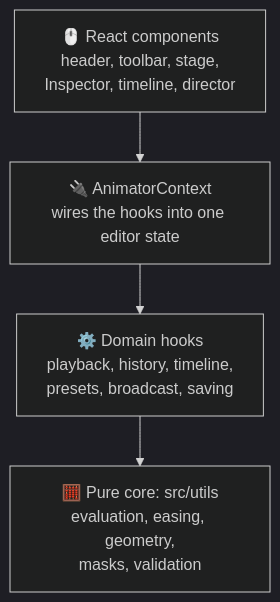
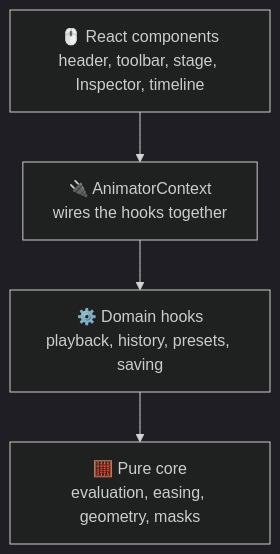
The second of 4 diagrams in README.md (ErtugrulAK/keyframe-character-studio), drawn with Mermaid (dark theme) before and after one commit.

Commit message:
docs(readme): the layer diagram in the form GitHub renders

````diff
--- a/README.md
+++ b/README.md
@@ -64,8 +64,6 @@
 ```mermaid
 flowchart TB
-    UI["🖱️ React components<br/>header, toolbar, stage,<br/>Inspector, timeline, director"]
-    CTX["🔌 AnimatorContext<br/>wires the hooks into one editor state"]
-    HOOKS["⚙️ Domain hooks<br/>playback, history, timeline,<br/>presets, broadcast, saving"]
-    CORE["🧮 Pure core: src/utils<br/>evaluation, easing, geometry,<br/>masks, validation"]
-    UI --> CTX --> HOOKS --> CORE
+    UI["🖱️ React components<br/>header, toolbar, stage, Inspector, timeline"] --> CTX["🔌 AnimatorContext<br/>wires the hooks together"]
+    CTX --> HOOKS["⚙️ Domain hooks<br/>playback, history, presets, saving"]
+    HOOKS --> CORE["🧮 Pure core<br/>evaluation, easing, geometry, masks"]
 ```
````
